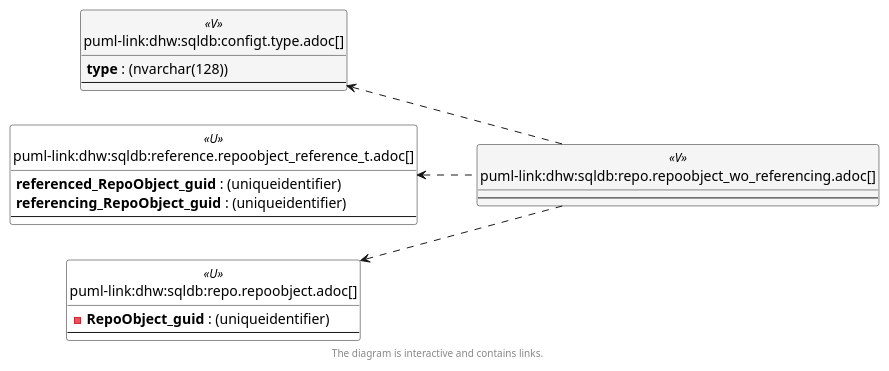
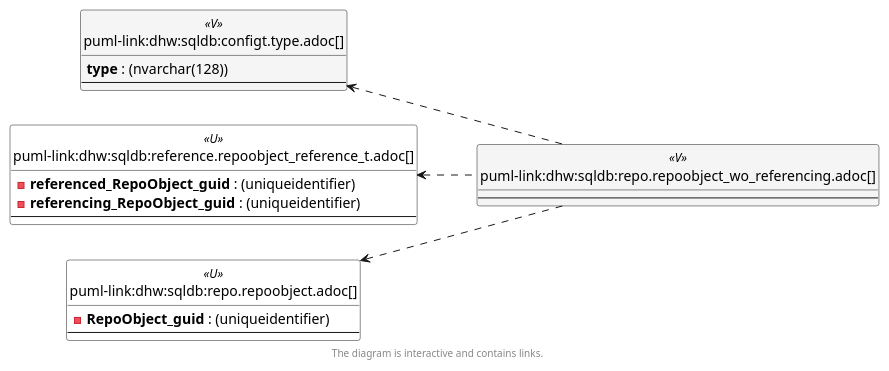
Before and after one commit to DataHandwerk/dhw-antora-sqldb: the third of 6 diagrams in docs/modules/sqldb/partials/content/repo.repoobject_wo_referencing.adoc, drawn with PlantUML. The commit also changed other lines of this file and 641 other files, not shown here.

```diff
--- a/docs/modules/sqldb/partials/content/repo.repoobject_wo_referencing.adoc
+++ b/docs/modules/sqldb/partials/content/repo.repoobject_wo_referencing.adoc
@@ -785,58 +785,58 @@
 [plantuml, entity_1_1_objectref-{docname}, svg, subs=macros]
 ....
 @startuml
 left to right direction
 'top to bottom direction
 hide circle
 'avoide "." issues:
 set namespaceSeparator none
 
 
 skinparam class {
   BackgroundColor White
   BackgroundColor<<FN>> Yellow
   BackgroundColor<<FS>> Yellow
   BackgroundColor<<FT>> LightGray
   BackgroundColor<<IF>> Yellow
   BackgroundColor<<IS>> Yellow
   BackgroundColor<<P>>  Aqua
   BackgroundColor<<PC>> Aqua
   BackgroundColor<<SN>> Yellow
   BackgroundColor<<SO>> SlateBlue
   BackgroundColor<<TF>> LightGray
   BackgroundColor<<TR>> Tomato
   BackgroundColor<<U>>  White
   BackgroundColor<<V>>  WhiteSmoke
   BackgroundColor<<X>>  Aqua
   BackgroundColor<<external>> AliceBlue
 }
 
 
 entity "puml-link:dhw:sqldb:configt.type.adoc[]" as configT.type << V >> {
   **type** : (nvarchar(128))
   --
 }
 
 entity "puml-link:dhw:sqldb:reference.repoobject_reference_t.adoc[]" as reference.RepoObject_reference_T << U >> {
-  **referenced_RepoObject_guid** : (uniqueidentifier)
-  **referencing_RepoObject_guid** : (uniqueidentifier)
+  - **referenced_RepoObject_guid** : (uniqueidentifier)
+  - **referencing_RepoObject_guid** : (uniqueidentifier)
   --
 }
 
 entity "puml-link:dhw:sqldb:repo.repoobject.adoc[]" as repo.RepoObject << U >> {
   - **RepoObject_guid** : (uniqueidentifier)
   --
 }
 
 entity "puml-link:dhw:sqldb:repo.repoobject_wo_referencing.adoc[]" as repo.RepoObject_wo_referencing << V >> {
   --
 }
 
 configT.type <.. repo.RepoObject_wo_referencing
 reference.RepoObject_reference_T <.. repo.RepoObject_wo_referencing
 repo.RepoObject <.. repo.RepoObject_wo_referencing
 
 footer The diagram is interactive and contains links.
 
 @enduml
 ....
```
